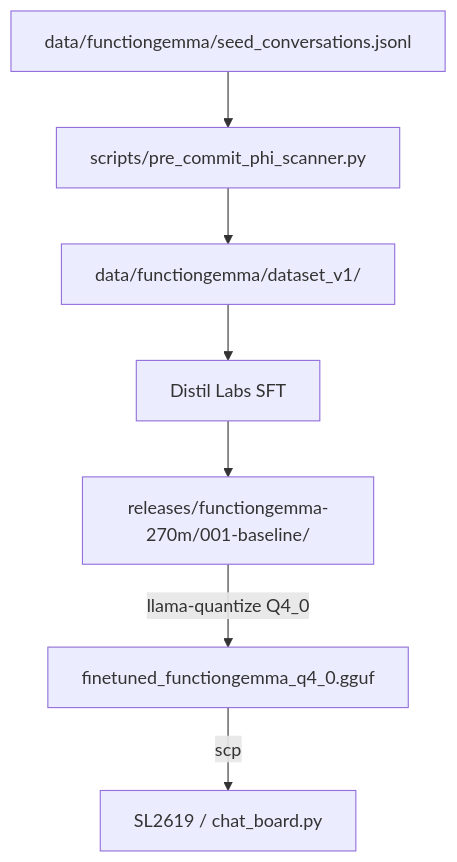
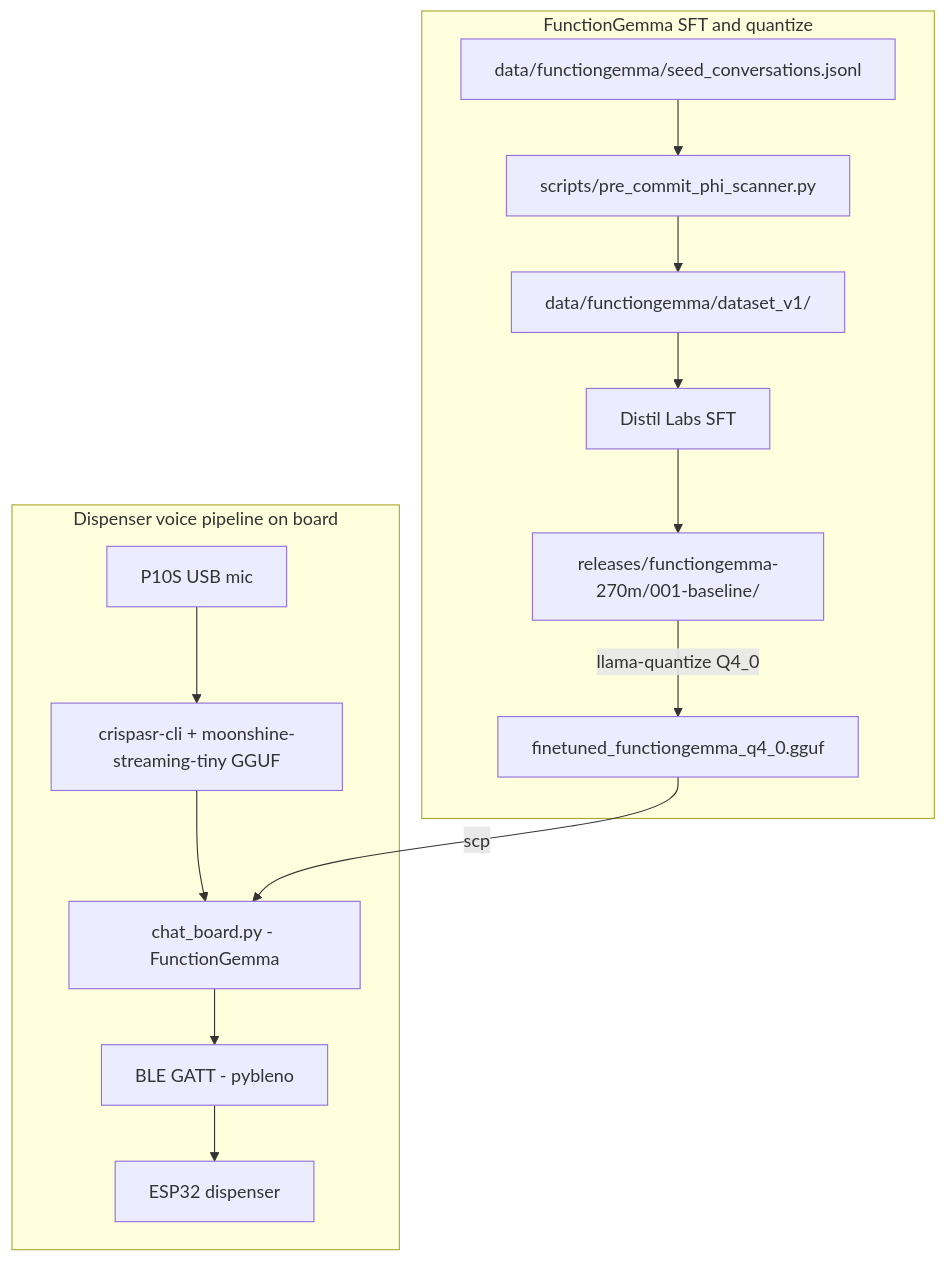
One commit to lanhp-vn/SL2619-EdgeAI-FunctionGemma-270M-int4-health-tools changed the first of 2 diagrams in CLAUDE.md. Above: the diagram before and after it, drawn with Mermaid. The commit also changed other lines of this file and 6 other files, not shown here.

First line of the commit message:
Enhance dispenser demo documentation and scripts

````diff
--- a/CLAUDE.md
+++ b/CLAUDE.md
@@ -20,14 +29,22 @@
 ```mermaid
 flowchart TB
-    SEEDS[data/functiongemma/seed_conversations.jsonl]
-    PHI[scripts/pre_commit_phi_scanner.py]
-    SPLITS[data/functiongemma/dataset_v1/]
-    DISTIL[Distil Labs SFT]
-    REL[releases/functiongemma-270m/001-baseline/]
-    GGUF[finetuned_functiongemma_q4_0.gguf]
-    BOARD[SL2619 / chat_board.py]
-
-    SEEDS --> PHI --> SPLITS --> DISTIL --> REL
-    REL -- llama-quantize Q4_0 --> GGUF
-    GGUF -- scp --> BOARD
+    subgraph FG[FunctionGemma SFT and quantize]
+        SEEDS[data/functiongemma/seed_conversations.jsonl]
+        PHI[scripts/pre_commit_phi_scanner.py]
+        SPLITS[data/functiongemma/dataset_v1/]
+        DISTIL[Distil Labs SFT]
+        REL[releases/functiongemma-270m/001-baseline/]
+        GGUF[finetuned_functiongemma_q4_0.gguf]
+        SEEDS --> PHI --> SPLITS --> DISTIL --> REL
+        REL -- llama-quantize Q4_0 --> GGUF
+    end
+    subgraph DD[Dispenser voice pipeline on board]
+        MIC[P10S USB mic]
+        STT[crispasr-cli + moonshine-streaming-tiny GGUF]
+        BRAIN[chat_board.py - FunctionGemma]
+        BLE[BLE GATT - pybleno]
+        ESP[ESP32 dispenser]
+        MIC --> STT --> BRAIN --> BLE --> ESP
+    end
+    GGUF -- scp --> BRAIN
 ```
````
